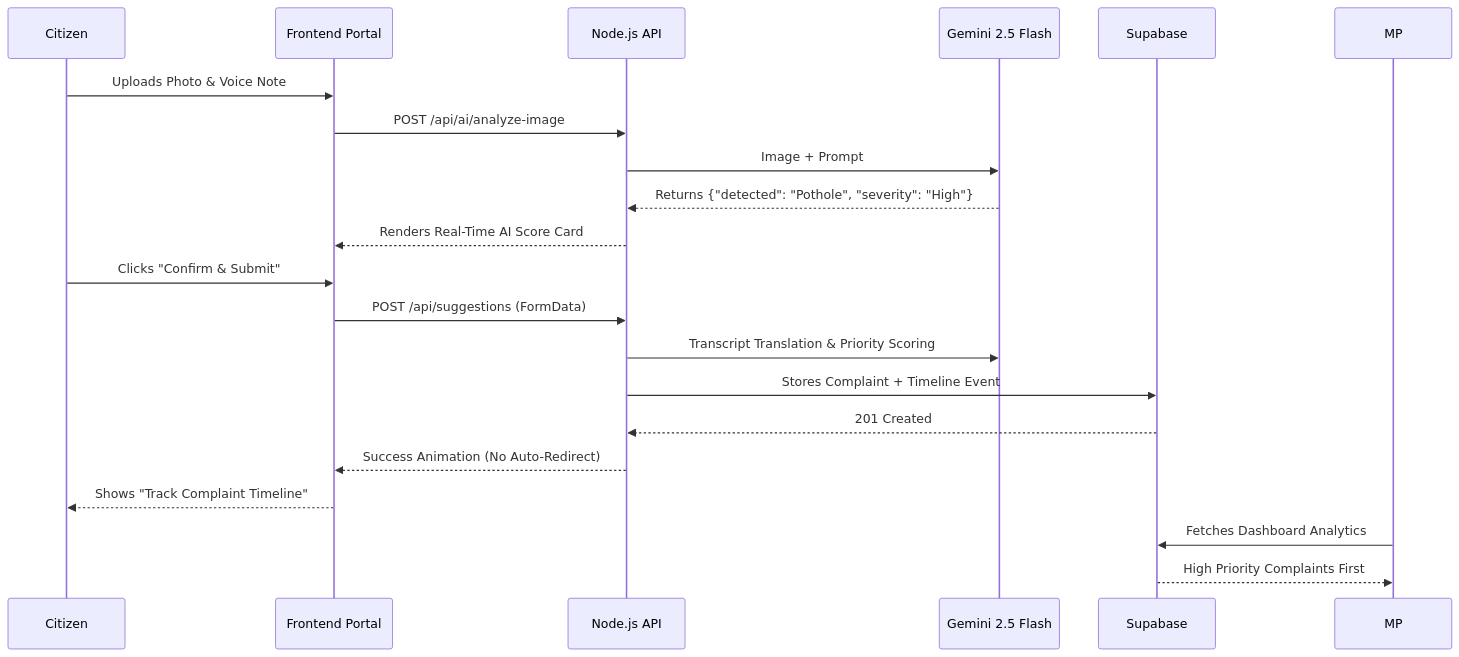
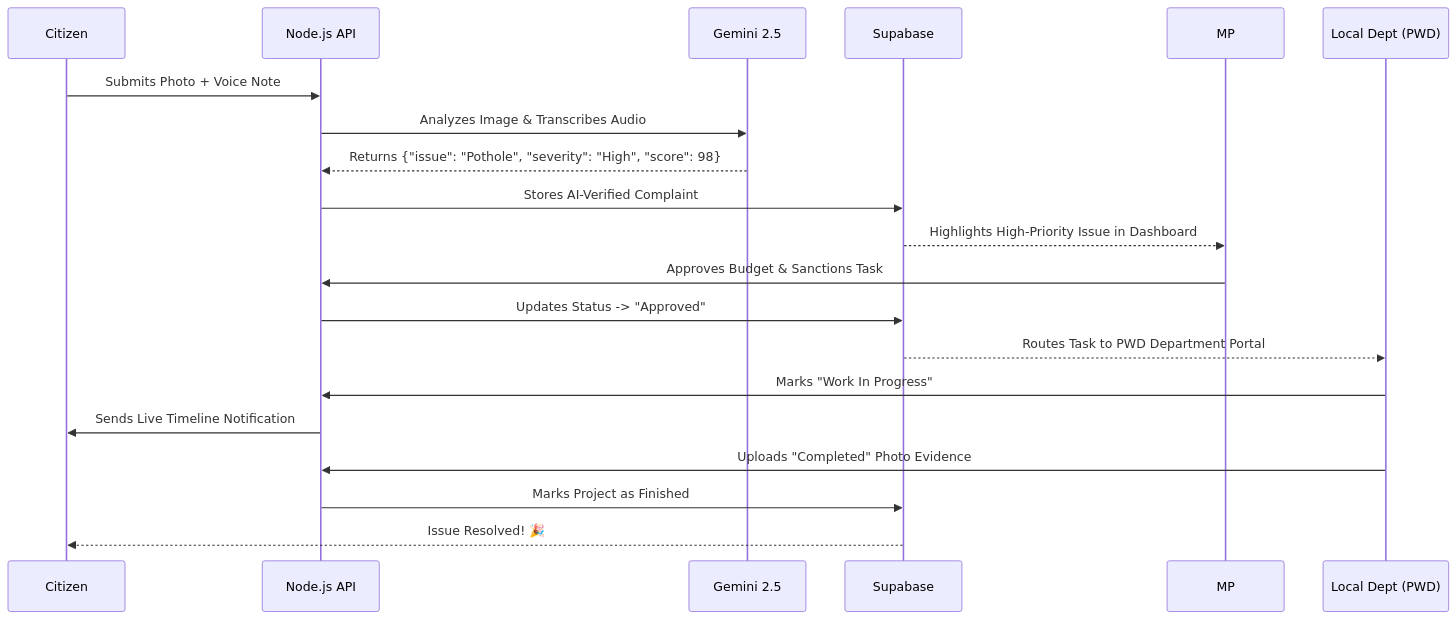
One commit to theabhishek4u/Jansunwai-AI changed the second of 2 diagrams in README.md. Above: the diagram before and after it, drawn with Mermaid. The commit also changed other lines of this file, not shown here.

Commit message:
docs: update README with project scope, technology stack, and architecture changes

````diff
--- a/README.md
+++ b/README.md
@@ -105,25 +115,23 @@
 ```mermaid
 sequenceDiagram
     participant Citizen
-    participant Client as Frontend Portal
-    participant Server as Node.js API
-    participant AI as Gemini 2.5 Flash
+    participant API as Node.js API
+    participant AI as Gemini 2.5
     participant DB as Supabase
     participant MP
+    participant Dept as Local Dept (PWD)
 
-    Citizen->>Client: Uploads Photo & Voice Note
-    Client->>Server: POST /api/ai/analyze-image
-    Server->>AI: Image + Prompt
-    AI-->>Server: Returns {"detected": "Pothole", "severity": "High"}
-    Server-->>Client: Renders Real-Time AI Score Card
-    Citizen->>Client: Clicks "Confirm & Submit"
-    Client->>Server: POST /api/suggestions (FormData)
-    Server->>AI: Transcript Translation & Priority Scoring
-    Server->>DB: Stores Complaint + Timeline Event
-    DB-->>Server: 201 Created
-    Server-->>Client: Success Animation (No Auto-Redirect)
-    Client-->>Citizen: Shows "Track Complaint Timeline"
-    
-    MP->>DB: Fetches Dashboard Analytics
-    DB-->>MP: High Priority Complaints First
+    Citizen->>API: Submits Photo + Voice Note
+    API->>AI: Analyzes Image & Transcribes Audio
+    AI-->>API: Returns {"issue": "Pothole", "severity": "High", "score": 98}
+    API->>DB: Stores AI-Verified Complaint
+    DB-->>MP: Highlights High-Priority Issue in Dashboard
+    MP->>API: Approves Budget & Sanctions Task
+    API->>DB: Updates Status -> "Approved"
+    DB-->>Dept: Routes Task to PWD Department Portal
+    Dept->>API: Marks "Work In Progress"
+    API->>Citizen: Sends Live Timeline Notification
+    Dept->>API: Uploads "Completed" Photo Evidence
+    API->>DB: Marks Project as Finished
+    DB-->>Citizen: Issue Resolved! 🎉
 ```
````
